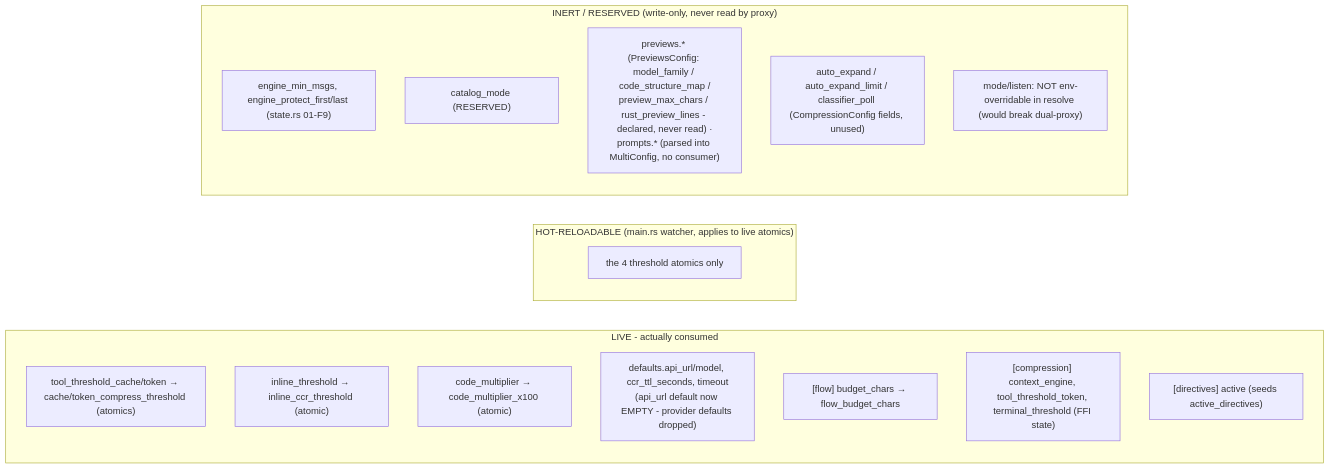
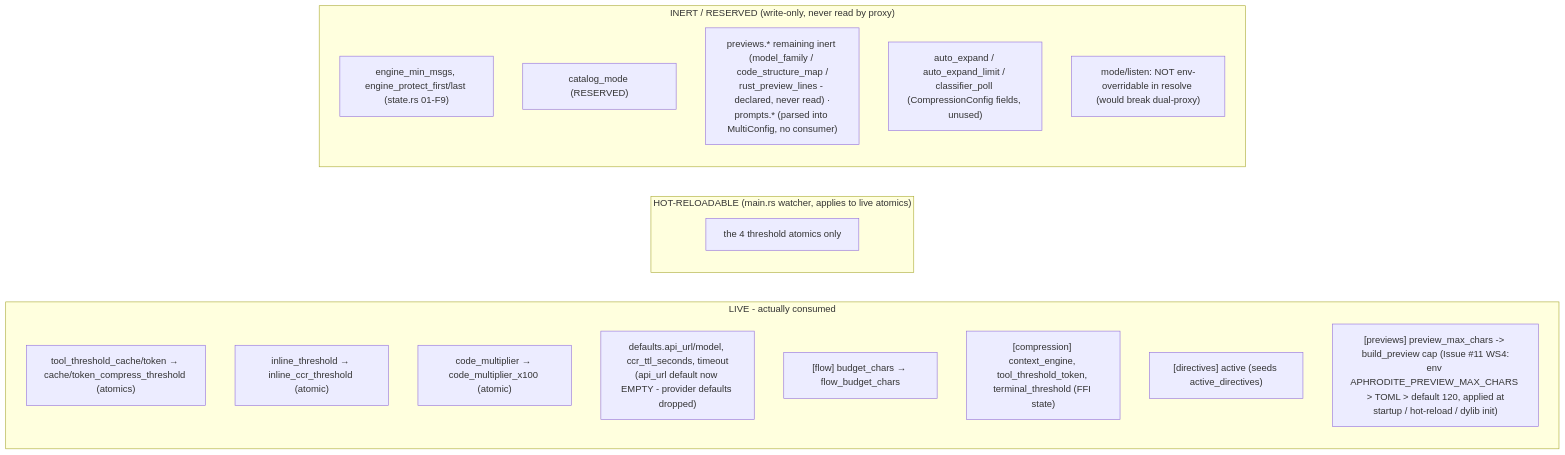
One commit to PlayForm/Aphrodite changed the second of 2 diagrams in .hermes/uml/07-config-resolution.md. Above: the diagram before and after it, drawn with Mermaid. The commit also changed 25 other files, not shown here.

````diff
--- a/.hermes/uml/07-config-resolution.md
+++ b/.hermes/uml/07-config-resolution.md
@@ -41,22 +41,23 @@
 ```mermaid
 flowchart LR
     subgraph live["LIVE - actually consumed"]
       L1["tool_threshold_cache/token → cache/token_compress_threshold (atomics)"]
       L2["inline_threshold → inline_ccr_threshold (atomic)"]
       L3["code_multiplier → code_multiplier_x100 (atomic)"]
       L4["defaults.api_url/model, ccr_ttl_seconds, timeout<br/>(api_url default now EMPTY - provider defaults dropped)"]
       L5["[flow] budget_chars → flow_budget_chars"]
       L6["[compression] context_engine, tool_threshold_token, terminal_threshold (FFI state)"]
       L7["[directives] active (seeds active_directives)"]
+      L8["[previews] preview_max_chars -> build_preview cap (Issue #11 WS4:<br/>env APHRODITE_PREVIEW_MAX_CHARS > TOML > default 120, applied at<br/>startup / hot-reload / dylib init)"]
     end
     subgraph hot["HOT-RELOADABLE (main.rs watcher, applies to live atomics)"]
       H1["the 4 threshold atomics only"]
     end
     subgraph inert["INERT / RESERVED (write-only, never read by proxy)"]
       I1["engine_min_msgs, engine_protect_first/last (state.rs 01-F9)"]
       I2["catalog_mode (RESERVED)"]
-      I3["previews.* (PreviewsConfig: model_family / code_structure_map /<br/>preview_max_chars / rust_preview_lines - declared, never read) ·<br/>prompts.* (parsed into MultiConfig, no consumer)"]
+      I3["previews.* remaining inert (model_family / code_structure_map /<br/>rust_preview_lines - declared, never read) ·<br/>prompts.* (parsed into MultiConfig, no consumer)"]
       I4["auto_expand / auto_expand_limit / classifier_poll (CompressionConfig fields, unused)"]
       I5["mode/listen: NOT env-overridable in resolve (would break dual-proxy)"]
     end
 ```
````
